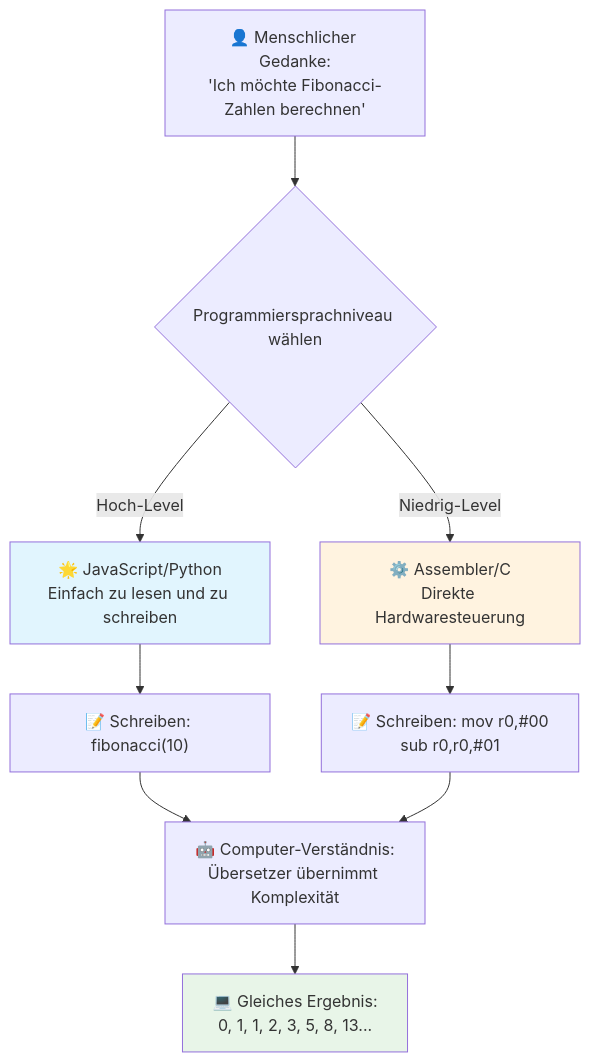
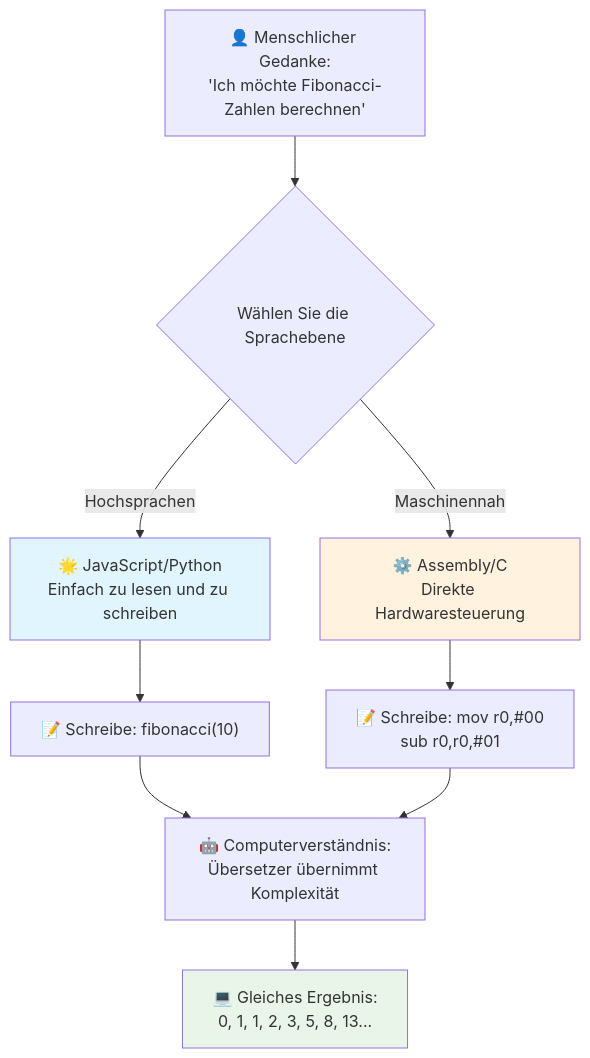
One commit to microsoft/Web-Dev-For-Beginners changed the third of 7 diagrams in translations/de/1-getting-started-lessons/1-intro-to-programming-languages/README.md. Above: the diagram before and after it, drawn with Mermaid. The commit also changed other lines of this file and 11 other files, not shown here.

````diff
--- a/translations/de/1-getting-started-lessons/1-intro-to-programming-languages/README.md
+++ b/translations/de/1-getting-started-lessons/1-intro-to-programming-languages/README.md
@@ -148,19 +147,19 @@
 ```mermaid
 flowchart TB
-    A["👤 Menschlicher Gedanke:<br/>'Ich möchte Fibonacci-Zahlen berechnen'"] --> B{Programmiersprachniveau wählen}
+    A["👤 Menschlicher Gedanke:<br/>'Ich möchte Fibonacci-Zahlen berechnen'"] --> B{Wählen Sie die Sprachebene}
     
-    B -->|Hoch-Level| C["🌟 JavaScript/Python<br/>Einfach zu lesen und zu schreiben"]
-    B -->|Niedrig-Level| D["⚙️ Assembler/C<br/>Direkte Hardwaresteuerung"]
+    B -->|Hochsprachen| C["🌟 JavaScript/Python<br/>Einfach zu lesen und zu schreiben"]
+    B -->|Maschinennah| D["⚙️ Assembly/C<br/>Direkte Hardwaresteuerung"]
     
-    C --> E["📝 Schreiben: fibonacci(10)"]
-    D --> F["📝 Schreiben: mov r0,#00<br/>sub r0,r0,#01"]
+    C --> E["📝 Schreibe: fibonacci(10)"]
+    D --> F["📝 Schreibe: mov r0,#00<br/>sub r0,r0,#01"]
     
-    E --> G["🤖 Computer-Verständnis:<br/>Übersetzer übernimmt Komplexität"]
+    E --> G["🤖 Computerverständnis:<br/>Übersetzer übernimmt Komplexität"]
     F --> G
     
     G --> H["💻 Gleiches Ergebnis:<br/>0, 1, 1, 2, 3, 5, 8, 13..."]
     
     style C fill:#e1f5fe
     style D fill:#fff3e0
     style H fill:#e8f5e8
 ```
````
